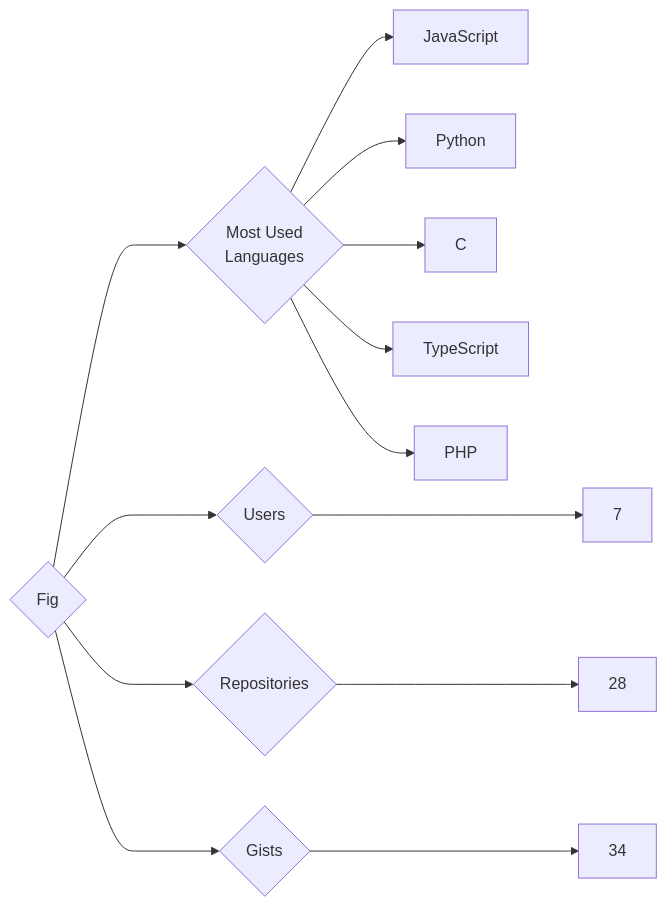
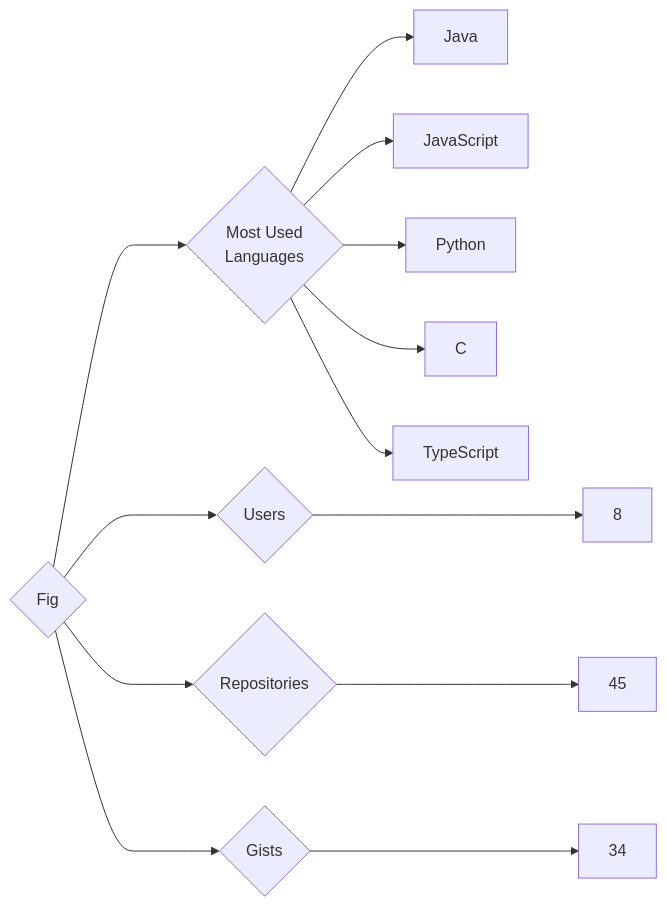
One commit to trickest/insiders changed the diagram in targets/Fig/README.md. Above: the diagram before and after it, drawn with Mermaid. The commit also changed 984 other files, not shown here.

````diff
--- a/targets/Fig/README.md
+++ b/targets/Fig/README.md
@@ -3,13 +3,13 @@
 ```mermaid
 graph LR
 COMPANY_NAME{Fig}
-COMPANY_NAME ---> U{Users} ---> UN[7]
-COMPANY_NAME ---> R{Repositories} ---> RN[28]
+COMPANY_NAME ---> U{Users} ---> UN[8]
+COMPANY_NAME ---> R{Repositories} ---> RN[45]
 COMPANY_NAME ---> G{Gists} ---> GN[34]
 COMPANY_NAME ---> ML{Most Used<br>Languages}
-ML --> JavaScript
-ML --> Python
-ML --> C
-ML --> TypeScript
-ML --> PHP
+ML --> Java[Java]
+ML --> JavaScript[JavaScript]
+ML --> Python[Python]
+ML --> C[C]
+ML --> TypeScript[TypeScript]
 ```
````
